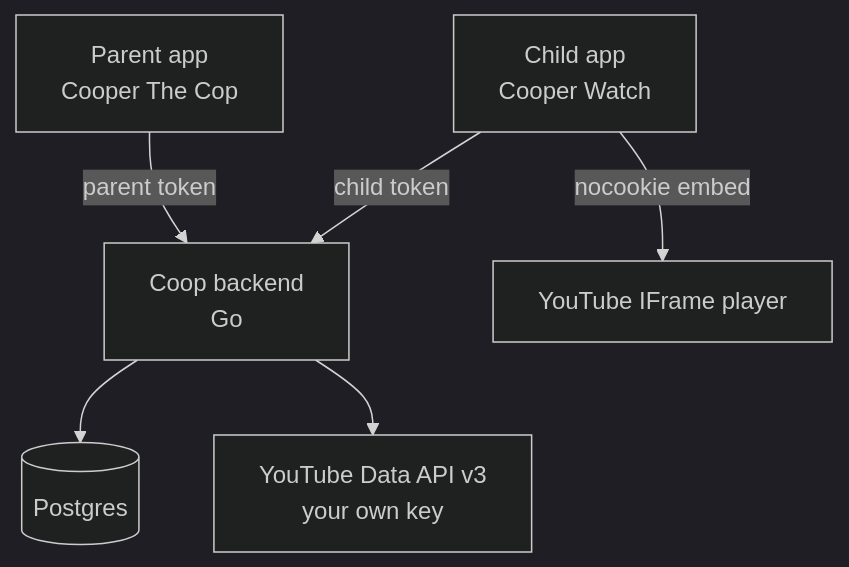
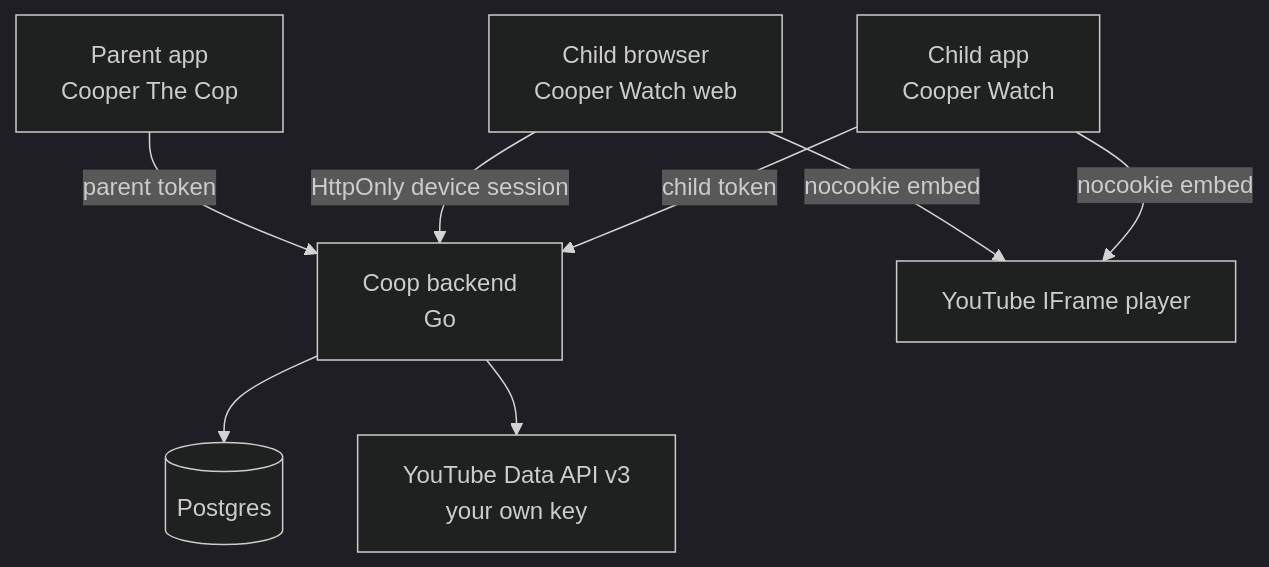
The diagram in README.md (NerdsWhoFish/coop), drawn with Mermaid (dark theme) before and after one commit. The commit also changed other lines of this file and 58 other files, not shown here.

Commit message:
feat(web): add Cooper Watch browser client

````diff
--- a/README.md
+++ b/README.md
@@ -49,8 +49,10 @@
 ```mermaid
 graph TD
   Child[Child app<br/>Cooper Watch] -->|child token| API[Coop backend<br/>Go]
+  Browser[Child browser<br/>Cooper Watch web] -->|HttpOnly device session| API
   Parent[Parent app<br/>Cooper The Cop] -->|parent token| API
   API --> DB[(Postgres)]
   API --> YT[YouTube Data API v3<br/>your own key]
   Child -->|nocookie embed| Player[YouTube IFrame player]
+  Browser -->|nocookie embed| Player
 ```
````
